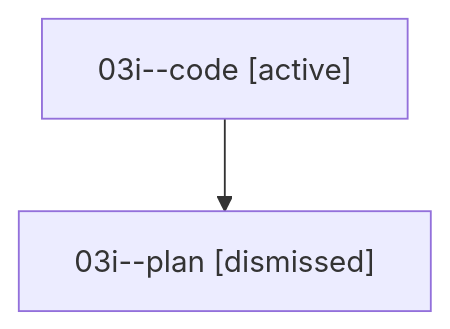
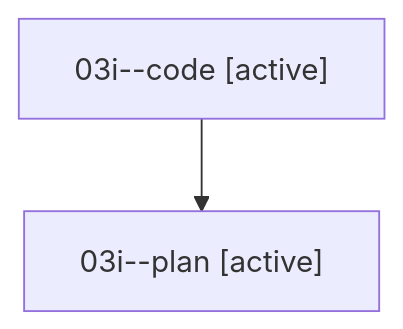
The diagram in families/bbugyi200.athena.03i.md (sase-org/sase--agents), drawn with Mermaid before and after one commit. The commit also changed other lines of this file and 35830 other files, not shown here.

````diff
--- a/families/bbugyi200.athena.03i.md
+++ b/families/bbugyi200.athena.03i.md
@@ -9,6 +9,6 @@
 ```mermaid
 flowchart TD
   n0["03i--code [active]"]
-  n1["03i--plan [dismissed]"]
+  n1["03i--plan [active]"]
   n0 --> n1
 ```
````
